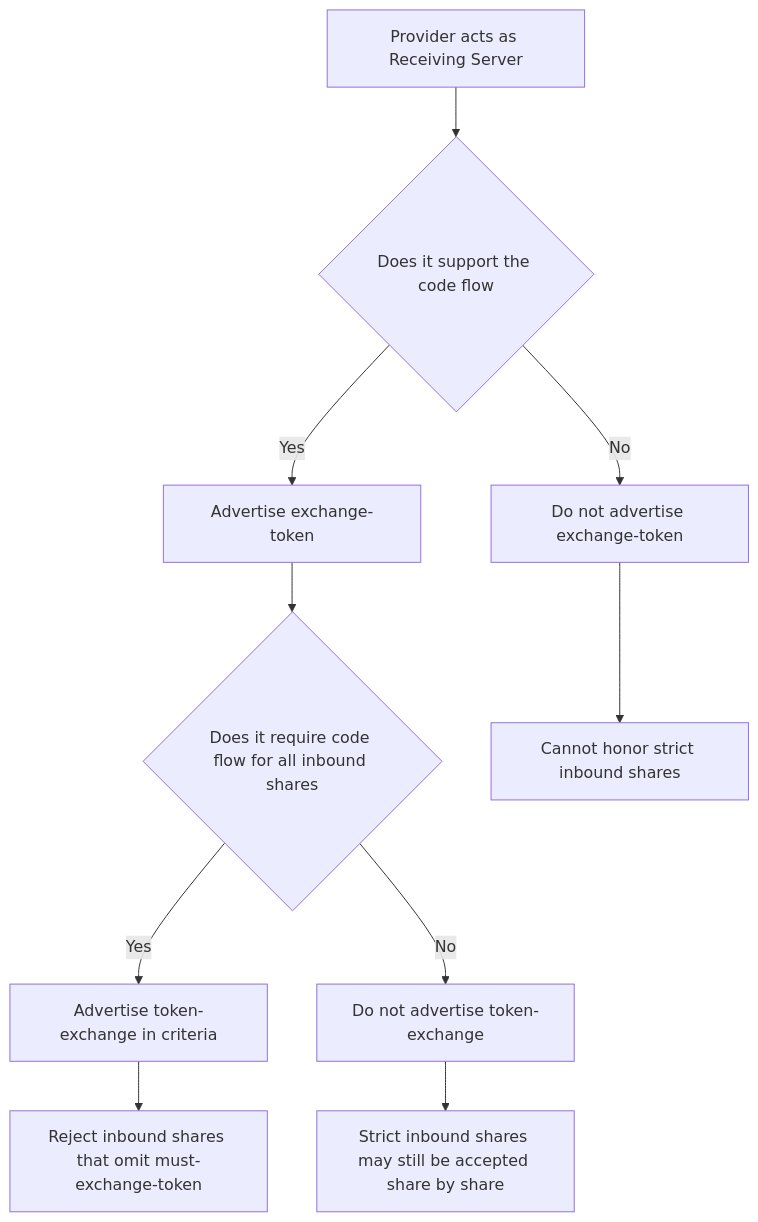
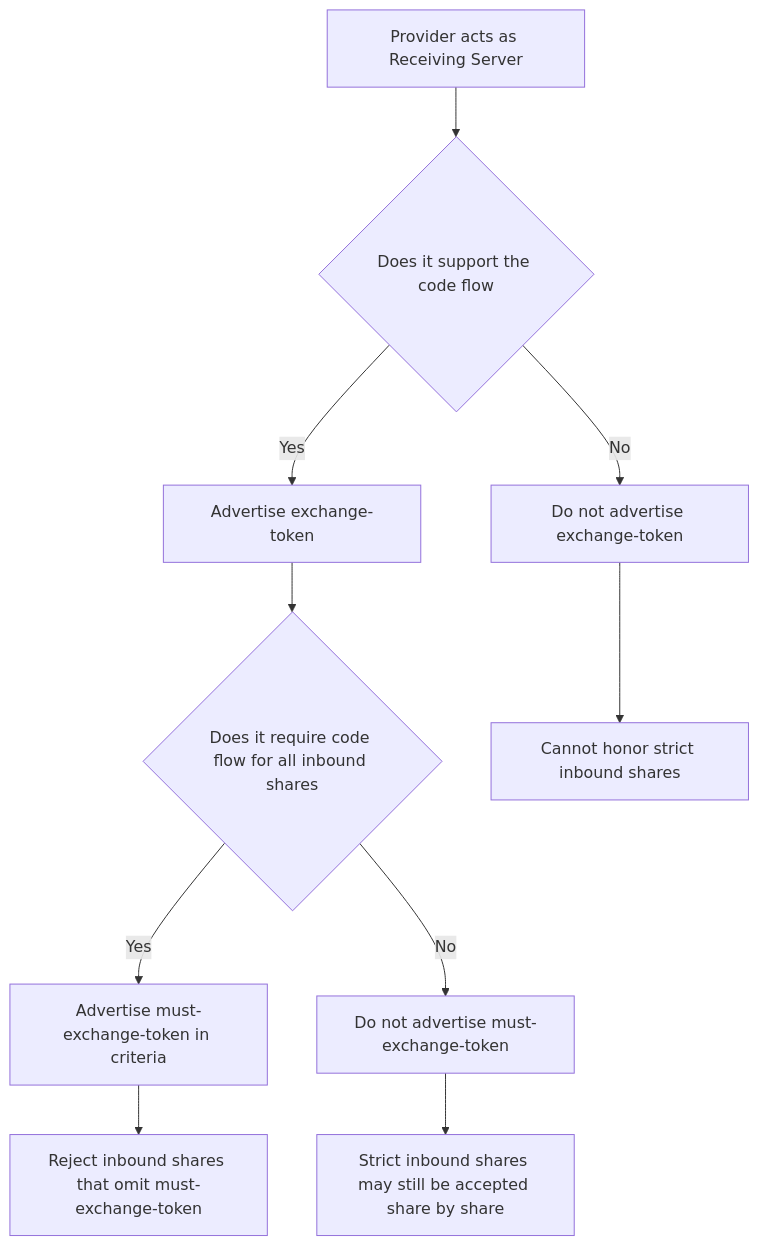
Before and after one commit to cs3org/OCM-API: the diagram in diagrams/receiver-discovery-policy.md, drawn with Mermaid. The commit also changed 5 other files, not shown here.

````diff
--- a/diagrams/receiver-discovery-policy.md
+++ b/diagrams/receiver-discovery-policy.md
@@ -1,15 +1,15 @@
 ```mermaid
 flowchart TD
     A["Provider acts as Receiving Server"]
     A --> B{"Does it support the code flow"}
 
     B -- "Yes" --> C["Advertise exchange-token"]
     C --> D{"Does it require code flow for all inbound shares"}
-    D -- "Yes" --> E["Advertise token-exchange in criteria"]
+    D -- "Yes" --> E["Advertise must-exchange-token in criteria"]
     E --> F["Reject inbound shares that omit must-exchange-token"]
-    D -- "No" --> G["Do not advertise token-exchange"]
+    D -- "No" --> G["Do not advertise must-exchange-token"]
     G --> H["Strict inbound shares may still be accepted share by share"]
 
     B -- "No" --> I["Do not advertise exchange-token"]
     I --> J["Cannot honor strict inbound shares"]
 ```
````
